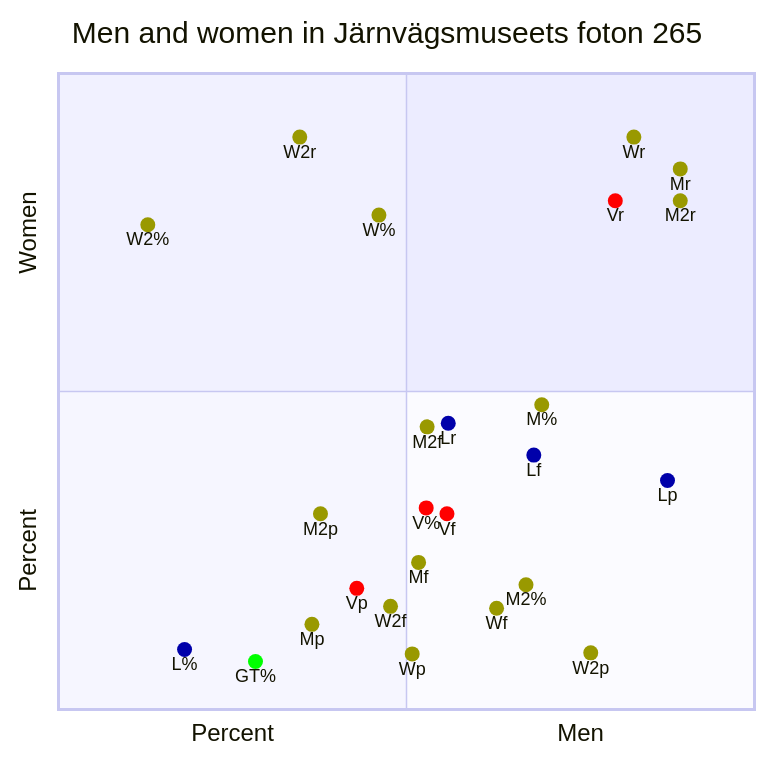
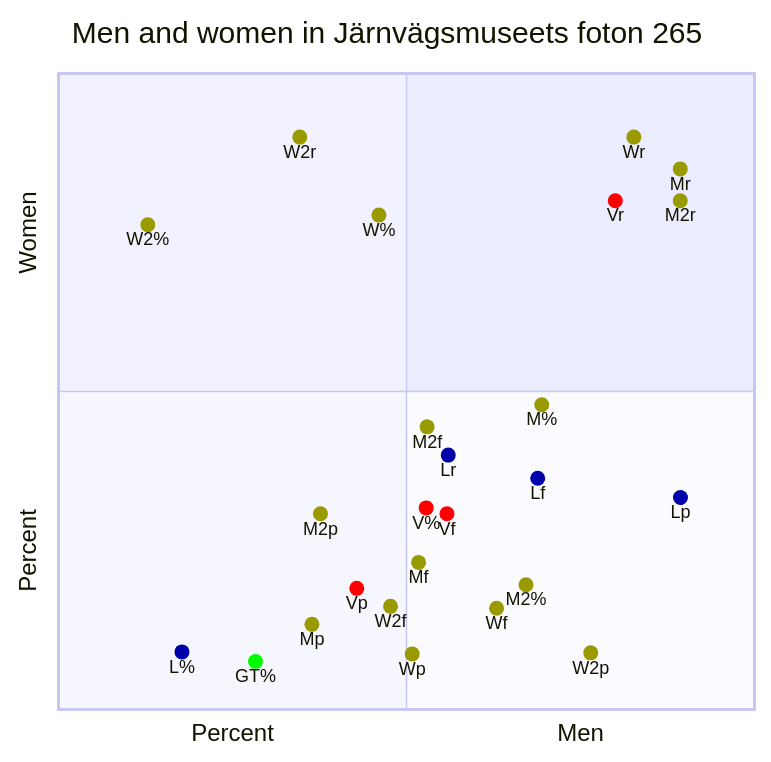
The second of 11 diagrams in browser/scatter.md (Modern36/tropes_1500), drawn with Mermaid before and after one commit. The commit also changed other lines of this file and 32 other files, not shown here.

````diff
--- a/browser/scatter.md
+++ b/browser/scatter.md
@@ -51,32 +51,32 @@
 ```mermaid
 quadrantChart
     title Men and women in Järnvägsmuseets foton 265
     x-axis Percent --> Men
     y-axis Percent --> Women
     M%: [0.6943396226415094, 0.47924528301886793] color: #999900
     M2%: [0.6716981132075471, 0.19622641509433963] color: #999900
     W%: [0.46037735849056605, 0.7773584905660378] color: #999900
     W2%: [0.12830188679245283, 0.7622641509433963] color: #999900
     GT%: [0.2830188679245283, 0.07547169811320754] color: #00FF00
     V%: [0.5283018867924528, 0.3169811320754717] color: #FF0000
-    L%: [0.1811320754716981, 0.09433962264150944] color: #0000AA
-    Lf: [0.6829268292682927, 0.39999999999999997]  color: #0000AA
-    Lp: [0.875, 0.36]  color: #0000AA
-    Lr: [0.56, 0.45]  color: #0000AA
+    L%: [0.17735849056603772, 0.09056603773584905] color: #0000AA
+    Lf: [0.6885245901639345, 0.3636363636363636]  color: #0000AA
+    Lp: [0.8936170212765957, 0.3333333333333333]  color: #0000AA
+    Lr: [0.56, 0.4]  color: #0000AA
     Vf: [0.5581395348837209, 0.3076923076923077]  color: #FF0000
     Vp: [0.42857142857142855, 0.19047619047619047]  color: #FF0000
     Vr: [0.8, 0.8]  color: #FF0000
     W2f: [0.4770642201834862, 0.16216216216216217]  color: #999900
     W2p: [0.7647058823529411, 0.0891089108910891]  color: #999900
     W2r: [0.3466666666666667, 0.9]  color: #999900
     Wf: [0.6294416243654822, 0.15929203539823011]  color: #999900
     Wp: [0.5081967213114754, 0.08737864077669903]  color: #999900
     Wr: [0.8266666666666667, 0.9]  color: #999900
     M2f: [0.5296442687747035, 0.4444444444444444]  color: #999900
     M2p: [0.37640449438202245, 0.3076923076923077]  color: #999900
     M2r: [0.8933333333333333, 0.8]  color: #999900
     Mf: [0.5173745173745175, 0.23129251700680276]  color: #999900
     Mp: [0.3641304347826087, 0.13385826771653545]  color: #999900
     Mr: [0.8933333333333333, 0.85]  color: #999900
 
 ```
````
